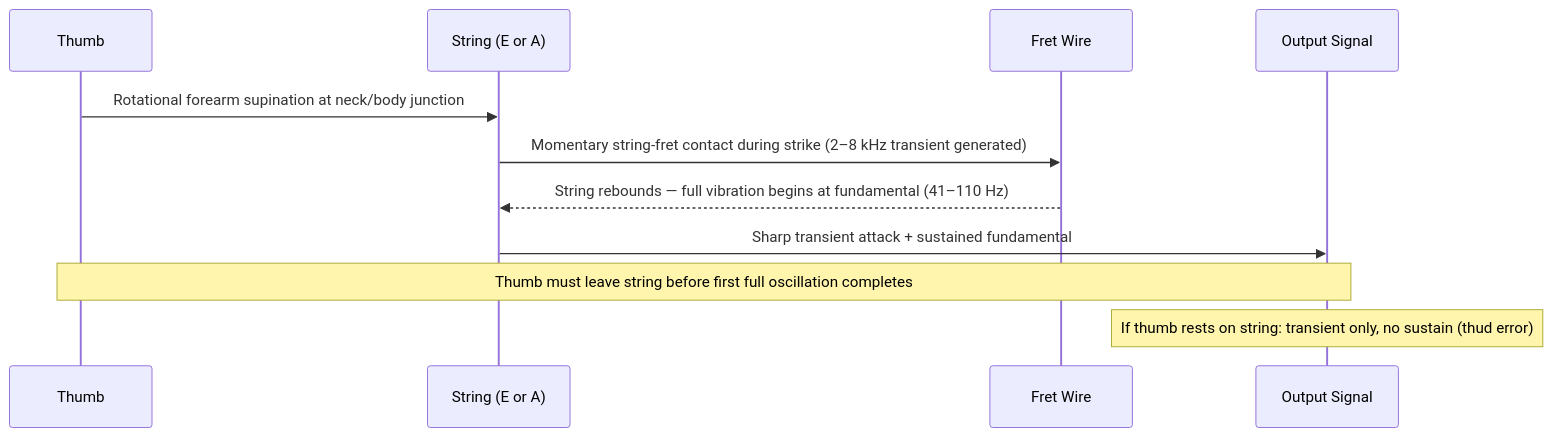
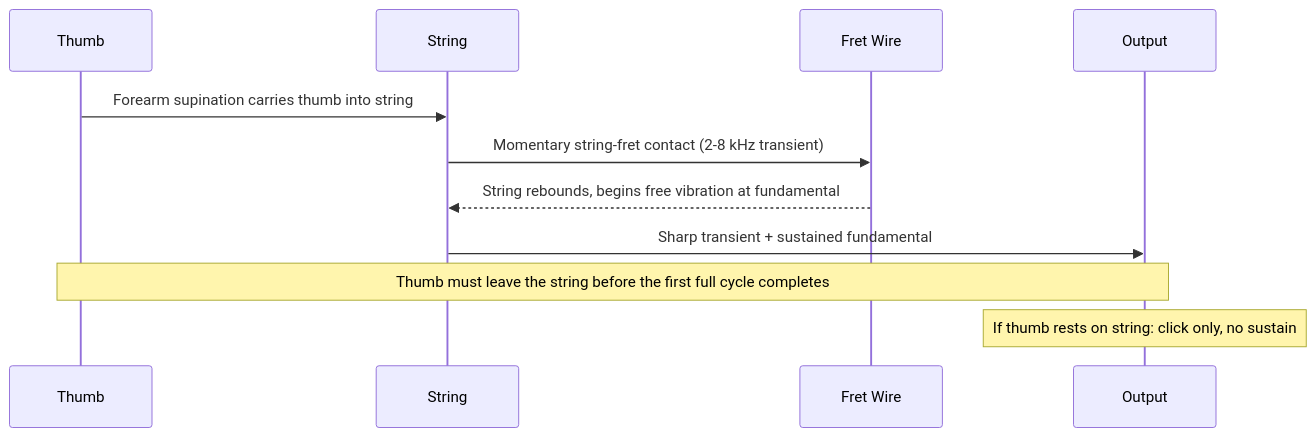
Before and after one commit to blebleblee/synapse: the third of 5 diagrams in topics/arts/music_performance/bass_guitar/labs.md, drawn with Mermaid. The commit also changed other lines of this file and 4 other files, not shown here.

````diff
--- a/topics/arts/music_performance/bass_guitar/labs.md
+++ b/topics/arts/music_performance/bass_guitar/labs.md
@@ -524,14 +388,14 @@
 ```mermaid
 sequenceDiagram
     participant T as Thumb
-    participant S as String (E or A)
+    participant S as String
     participant F as Fret Wire
-    participant O as Output Signal
+    participant O as Output
 
-    T->>S: Rotational forearm supination at neck/body junction
-    S->>F: Momentary string-fret contact during strike (2–8 kHz transient generated)
-    F-->>S: String rebounds — full vibration begins at fundamental (41–110 Hz)
-    S->>O: Sharp transient attack + sustained fundamental
-    Note over T,O: Thumb must leave string before first full oscillation completes
-    Note over O: If thumb rests on string: transient only, no sustain (thud error)
+    T->>S: Forearm supination carries thumb into string
+    S->>F: Momentary string-fret contact (2-8 kHz transient)
+    F-->>S: String rebounds, begins free vibration at fundamental
+    S->>O: Sharp transient + sustained fundamental
+    Note over T,O: Thumb must leave the string before the first full cycle completes
+    Note over O: If thumb rests on string: click only, no sustain
 ```
````
